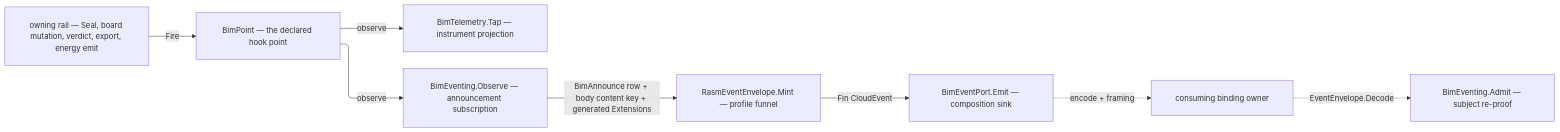
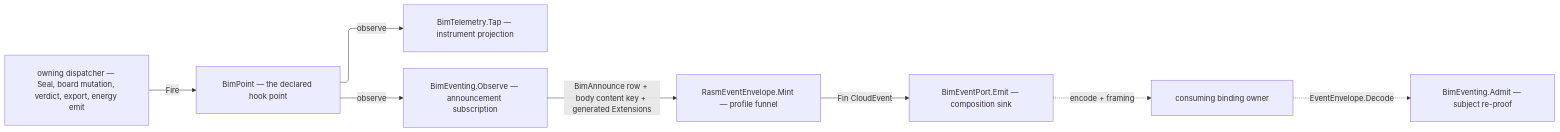
Before and after one commit to bsamiee/Rasm: the diagram in libs/dotnet/Rasm.Bim/.planning/Exchange/events.md, drawn with Mermaid. The commit also changed other lines of this file and 1997 other files, not shown here.

````diff
--- a/libs/dotnet/Rasm.Bim/.planning/Exchange/events.md
+++ b/libs/dotnet/Rasm.Bim/.planning/Exchange/events.md
@@ -386,19 +386,19 @@
 ```mermaid
 ---
 config:
   layout: elk
   flowchart:
     curve: linear
     padding: 25
 ---
 flowchart LR
     accTitle: Bim announcements as observe subscriptions over the one fact family
-    accDescr: An owning rail fires its declared hook point with a BimFact; the events projection is mounted at composition as five observe subscriptions beside the telemetry tap, each arm projecting its fact onto a BimAnnounce row, a normalized flat camelCase wire body, that body's content key, and the whole generated extension message; the profile mint funnels grammar, generated validation, and the SDK envelope validator onto one rail, and the consuming binding owns encode and framing. The inverse profile admission reserializes the admitted fact and re-proves the same body key.
-    Rail["owning rail — Seal, board mutation, verdict, export, energy emit"] -->|Fire| Point["BimPoint — the declared hook point"]
+    accDescr: An owning dispatcher fires its declared hook point with a BimFact; the events projection is mounted at composition as five observe subscriptions beside the telemetry tap, each arm projecting its fact onto a BimAnnounce row, a normalized flat camelCase wire body, that body's content key, and the whole generated extension message; the profile mint funnels grammar, generated validation, and the SDK envelope validator onto one path, and the consuming binding owns encode and framing. The inverse profile admission reserializes the admitted fact and re-proves the same body key.
+    Hooks["owning dispatcher — Seal, board mutation, verdict, export, energy emit"] -->|Fire| Point["BimPoint — the declared hook point"]
     Point -->|observe| Tap["BimTelemetry.Tap — instrument projection"]
     Point -->|observe| Project["BimEventing.Observe — announcement subscription"]
     Project -->|BimAnnounce row + body content key + generated Extensions| Mint["RasmEventEnvelope.Mint — profile funnel"]
     Mint -->|Fin CloudEvent| Port["BimEventPort.Emit — composition sink"]
     Port -.->|encode + framing| Binding["consuming binding owner"]
     Binding -.->|EventEnvelope.Decode| Admit["BimEventing.Admit — subject re-proof"]
 ```
````
